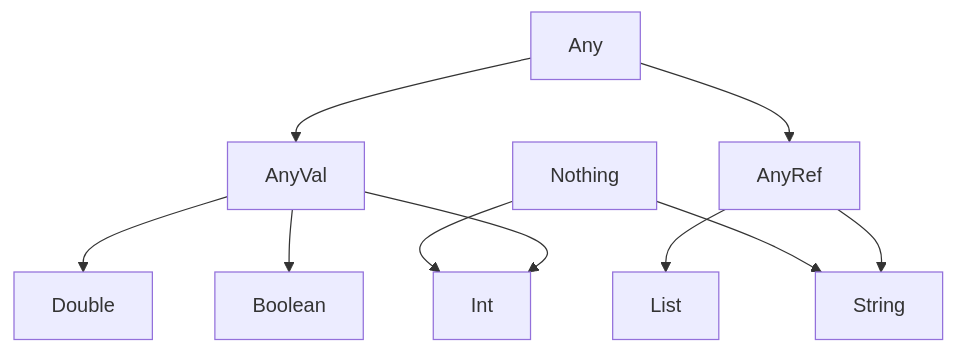
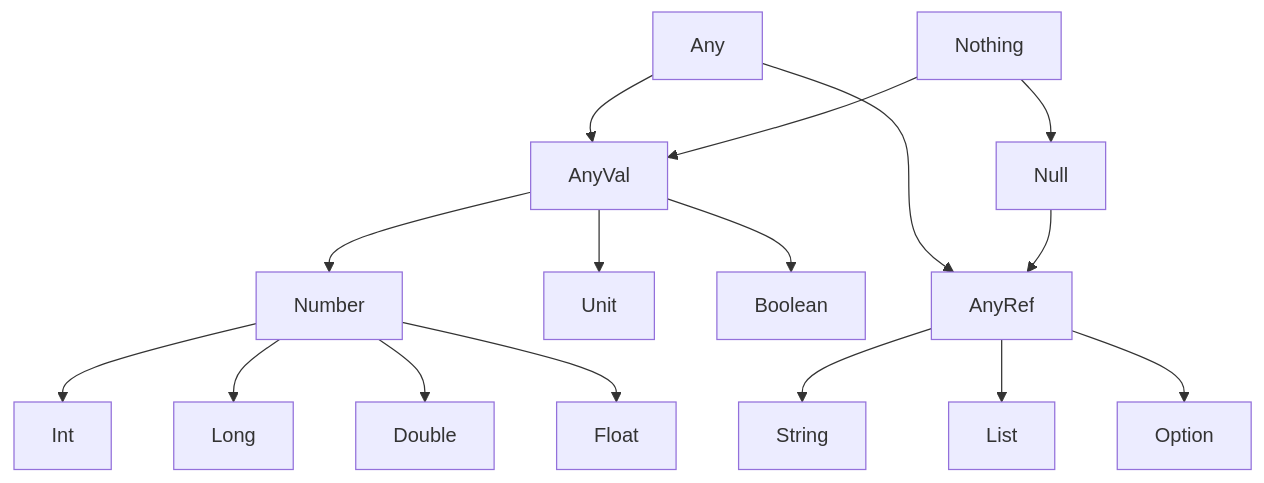
The diagram in mermaid/marp/courses/apache-spark-with-scala/00_scala_refresher.md/0.mmd (veltzer/teaching-slides), drawn with Mermaid before and after one commit. The commit also changed 18 other files, not shown here.

```diff
--- a/mermaid/marp/courses/apache-spark-with-scala/00_scala_refresher.md/0.mmd
+++ b/mermaid/marp/courses/apache-spark-with-scala/00_scala_refresher.md/0.mmd
@@ -1,10 +1,16 @@
 graph TD
     Any --> AnyVal
     Any --> AnyRef
-    AnyVal --> Int
-    AnyVal --> Double
+    AnyVal --> Unit
     AnyVal --> Boolean
+    AnyVal --> Number
+    Number --> Int
+    Number --> Long
+    Number --> Double
+    Number --> Float
     AnyRef --> String
     AnyRef --> List
-    Nothing --> Int
-    Nothing --> String
+    AnyRef --> Option
+    Null --> AnyRef
+    Nothing --> Null
+    Nothing --> AnyVal
```
